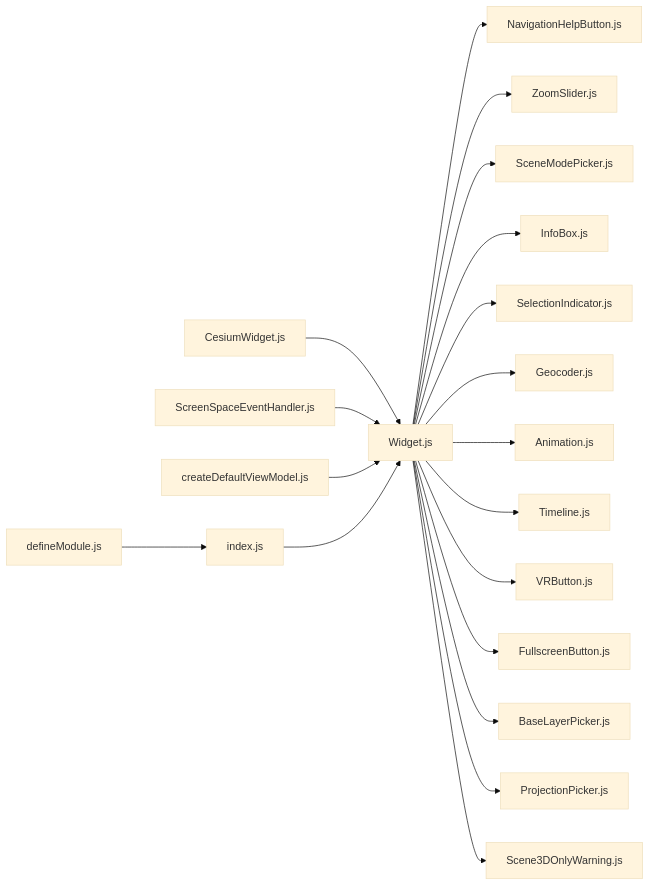
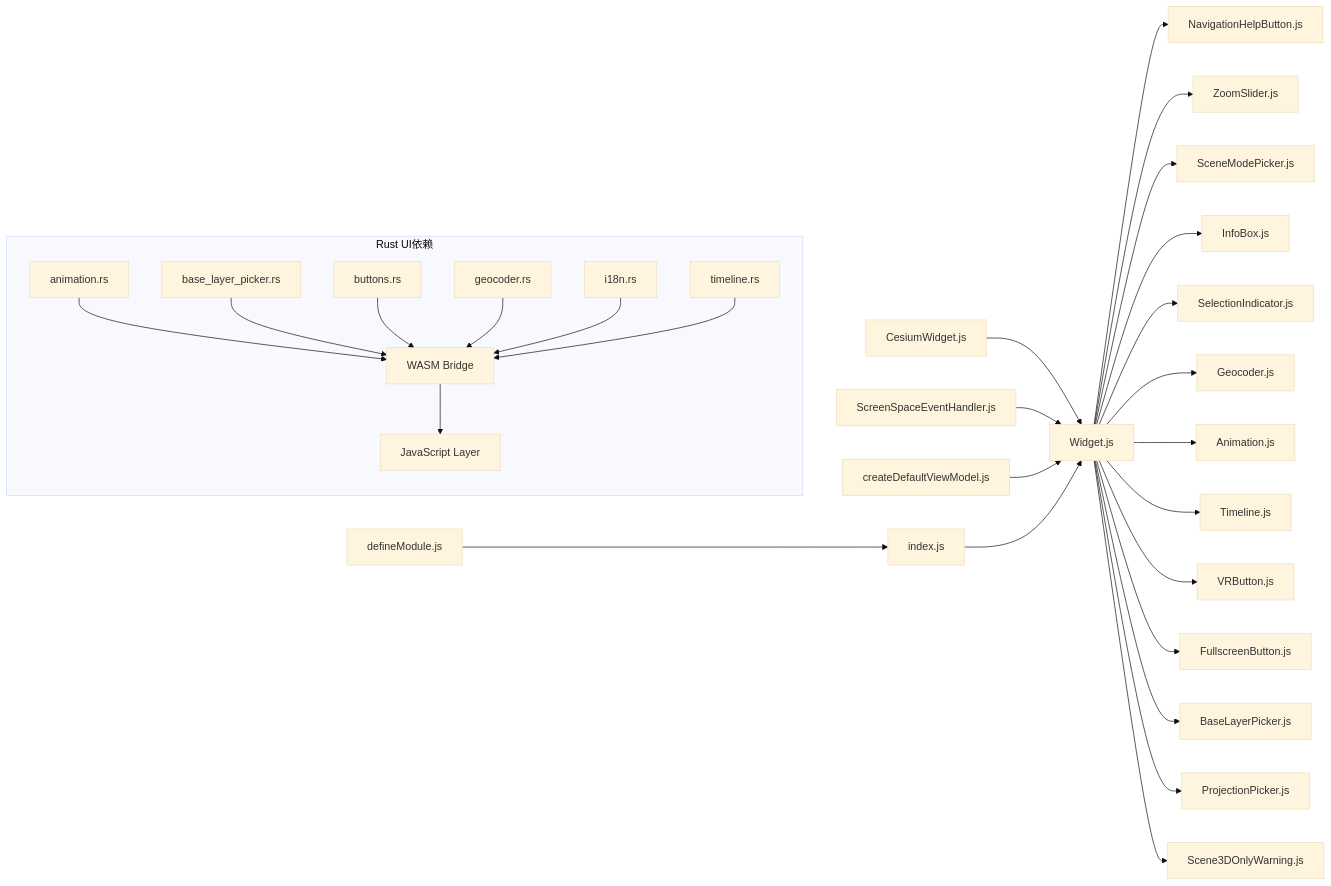
One commit to rzhangjing/cesium changed the third of 3 diagrams in .qoder/repowiki/zh/content/UI组件库/控件系统/控件系统.md. Above: the diagram before and after it, drawn with Mermaid (base theme). The commit also changed other lines of this file and 30 other files, not shown here.

````diff
--- a/.qoder/repowiki/zh/content/UI组件库/控件系统/控件系统.md
+++ b/.qoder/repowiki/zh/content/UI组件库/控件系统/控件系统.md
@@ -334,21 +452,30 @@
 ```mermaid
 graph LR
 W["Widget.js"] --> NHB["NavigationHelpButton.js"]
 W --> ZS["ZoomSlider.js"]
 W --> SMP["SceneModePicker.js"]
 W --> IB["InfoBox.js"]
 W --> SI["SelectionIndicator.js"]
 W --> GEO["Geocoder.js"]
 W --> ANI["Animation.js"]
 W --> TL["Timeline.js"]
 W --> VR["VRButton.js"]
 W --> FB["FullscreenButton.js"]
 W --> BLP["BaseLayerPicker.js"]
 W --> PP["ProjectionPicker.js"]
 W --> S3W["Scene3DOnlyWarning.js"]
 CW["CesiumWidget.js"] --> W
 SSEH["ScreenSpaceEventHandler.js"] --> W
 CVM["createDefaultViewModel.js"] --> W
 DM["defineModule.js"] --> IDX["index.js"]
 IDX --> W
+subgraph "Rust UI依赖"
+ANI_RS["animation.rs"] --> WASM["WASM Bridge"]
+BLP_RS["base_layer_picker.rs"] --> WASM
+BTN_RS["buttons.rs"] --> WASM
+GEO_RS["geocoder.rs"] --> WASM
+I18N_RS["i18n.rs"] --> WASM
+TL_RS["timeline.rs"] --> WASM
+WASM --> JS_LAYER["JavaScript Layer"]
+end
 ```
````
